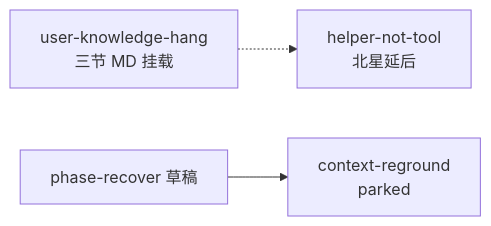
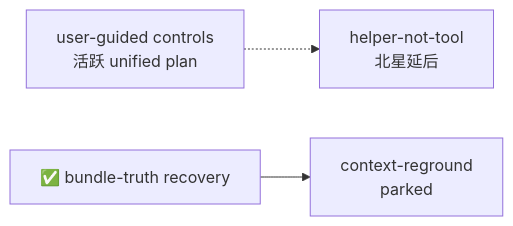
One commit to ethan-jiang-1/ai_tool_deepresearch changed the fourth of 5 diagrams in _backlog/todos/README.md. Above: the diagram before and after it, drawn with Mermaid. The commit also changed other lines of this file and 28 other files, not shown here.

````diff
--- a/_backlog/todos/README.md
+++ b/_backlog/todos/README.md
@@ -96,8 +103,8 @@
 ```mermaid
 flowchart LR
-  KNOW["user-knowledge-hang<br/>三节 MD 挂载"]
+  Q["user-guided controls<br/>活跃 unified plan"]
   HELP["helper-not-tool<br/>北星延后"]
   REG["context-reground<br/>parked"]
-  KNOW -.-> HELP
-  REC2["phase-recover 草稿"] --> REG
+  Q -.-> HELP
+  REC2["✅ bundle-truth recovery"] --> REG
 ```
````
